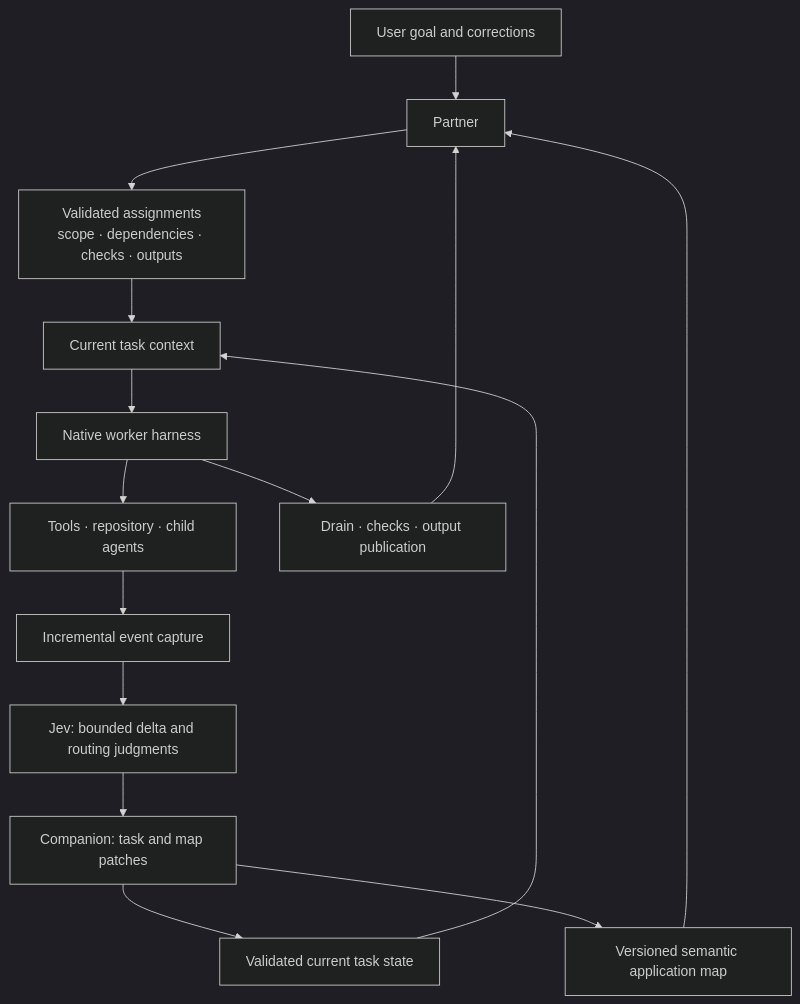
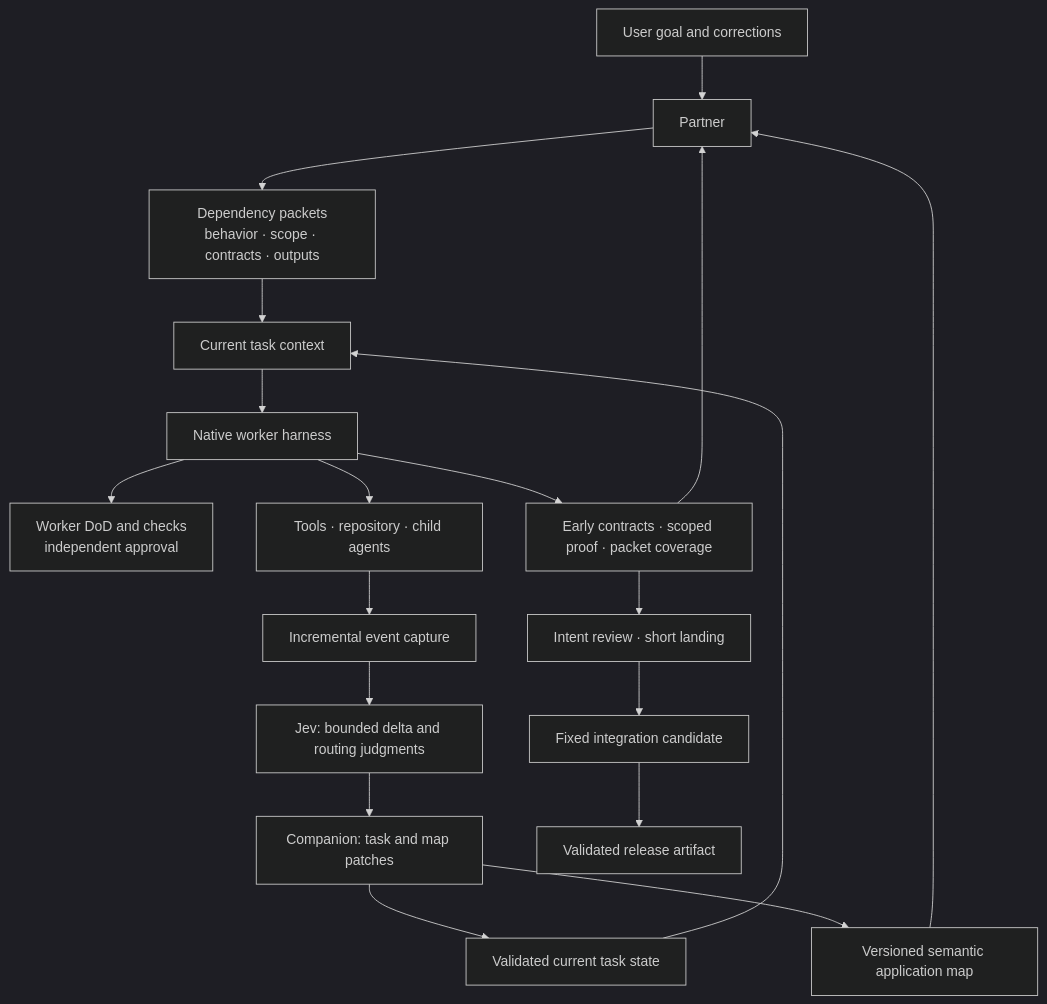
Before and after one commit to logan-robbins/hx: the diagram in README.md, drawn with Mermaid (dark theme). The commit also changed other lines of this file and 83 other files, not shown here.

First line of the commit message:
feat: add graph-driven packets and reusable delivery validation

````diff
--- a/README.md
+++ b/README.md
@@ -32,17 +37,21 @@
 ```mermaid
 flowchart TB
     U[User goal and corrections] --> P[Partner]
     M[Versioned semantic application map] --> P
-    P --> A[Validated assignments<br/>scope · dependencies · checks · outputs]
+    P --> A[Dependency packets<br/>behavior · scope · contracts · outputs]
     A --> C[Current task context]
     C --> W[Native worker harness]
+    W --> B[Worker DoD and checks<br/>independent approval]
     W --> T[Tools · repository · child agents]
     T --> E[Incremental event capture]
     E --> J[Jev: bounded delta and routing judgments]
     J --> K[Companion: task and map patches]
     K --> S[Validated current task state]
     K --> M
     S --> C
-    W --> X[Drain · checks · output publication]
+    W --> X[Early contracts · scoped proof · packet coverage]
     X --> P
+    X --> D[Intent review · short landing]
+    D --> I[Fixed integration candidate]
+    I --> R[Validated release artifact]
 ```
````
